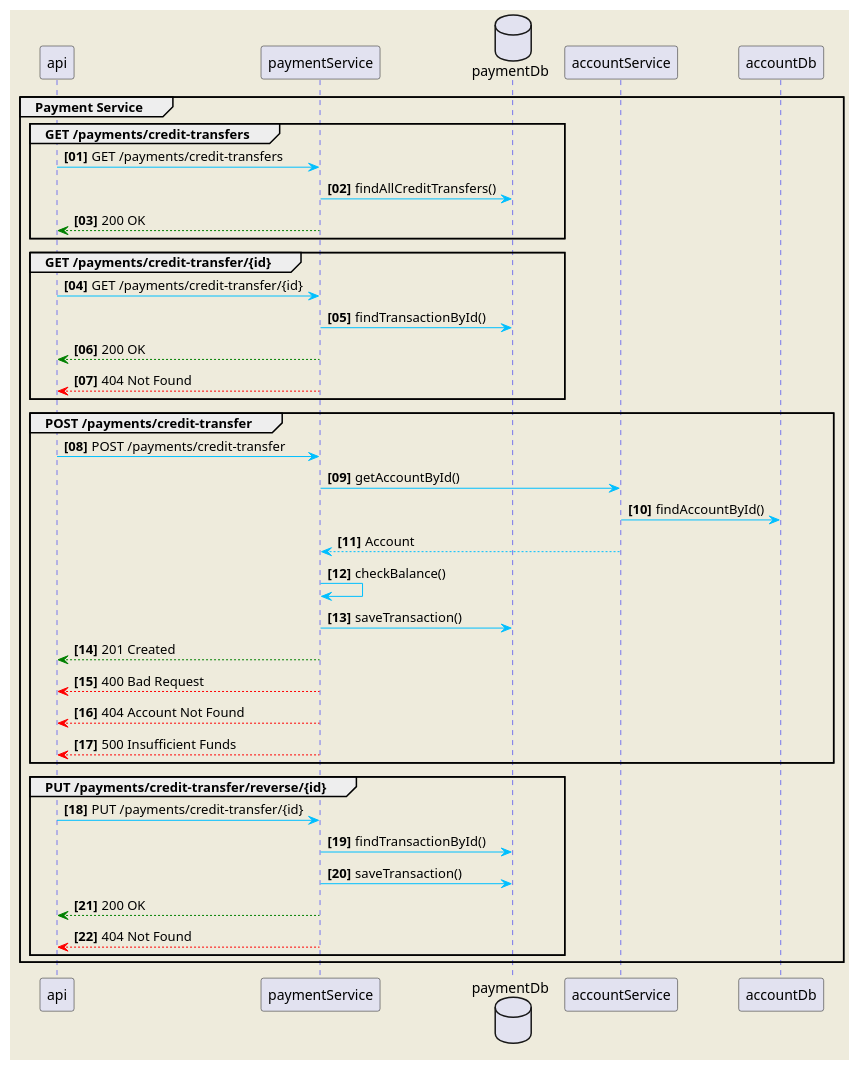
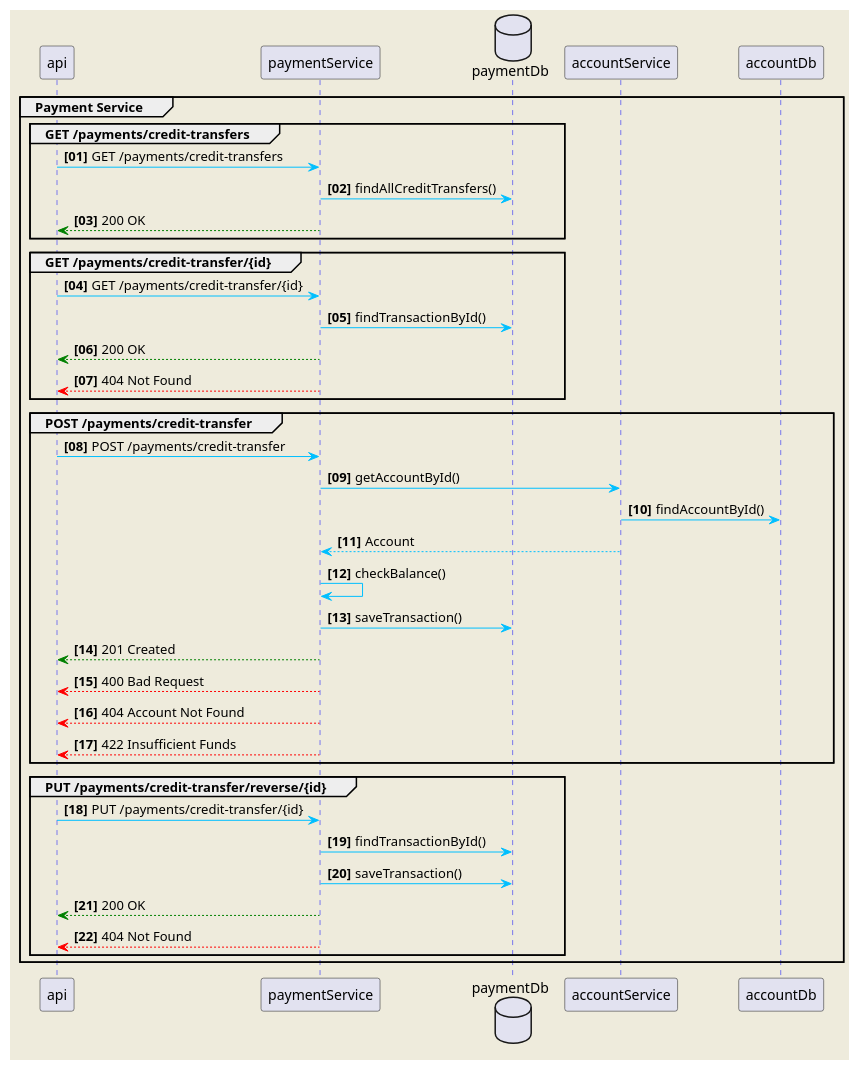
Before and after one commit to C0d3N1nJ4/payment-service: the diagram in docs/payment.plantuml, drawn with PlantUML.

Commit message:
Persisting payment with insufficient funds status

```diff
--- a/docs/payment.plantuml
+++ b/docs/payment.plantuml
@@ -1,43 +1,43 @@
 @startuml
 skinparam backgroundColor #EEEBDC
 skinparam sequence {
 ArrowColor DeepSkyBlue
 ActorBorderColor DeepSkyBlue
 LifeLineBorderColor blue
 LifeLineBackgroundColor #A9DCDF}
 
 autonumber 1 1 "<b>[00]"
 group Payment Service
     group GET /payments/credit-transfers
         api -> paymentService: GET /payments/credit-transfers
         database    paymentDb    as paymentDb
         paymentService -> paymentDb: findAllCreditTransfers()
         api <-[#green]- paymentService: 200 OK
     end
     group GET /payments/credit-transfer/{id}
         api -> paymentService: GET /payments/credit-transfer/{id}
         paymentService -> paymentDb: findTransactionById()
         api <-[#green]- paymentService: 200 OK
         api <-[#red]- paymentService: 404 Not Found
     end
     group POST /payments/credit-transfer
            api -> paymentService: POST /payments/credit-transfer
             paymentService -> accountService: getAccountById()
             accountService -> accountDb: findAccountById()
             accountService --> paymentService: Account
             paymentService -> paymentService: checkBalance()
             paymentService -> paymentDb: saveTransaction()
             api <-[#green]- paymentService: 201 Created
             api <-[#red]- paymentService: 400 Bad Request
             api <-[#red]- paymentService: 404 Account Not Found
-            api <-[#red]- paymentService: 500 Insufficient Funds
+            api <-[#red]- paymentService: 422 Insufficient Funds
     end
     group PUT /payments/credit-transfer/reverse/{id}
         api -> paymentService: PUT /payments/credit-transfer/{id}
         paymentService -> paymentDb: findTransactionById()
         paymentService -> paymentDb: saveTransaction()
         api <-[#green]- paymentService: 200 OK
         api <-[#red]- paymentService: 404 Not Found
     end
 end
 @enduml
```
